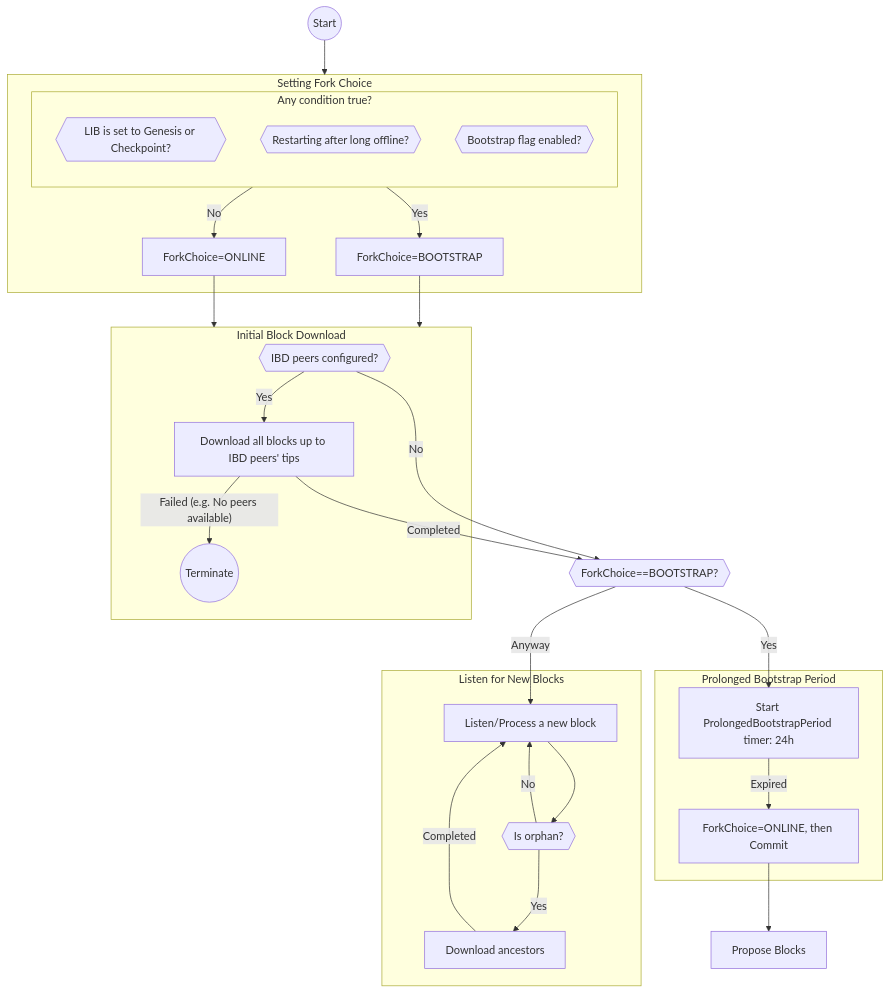
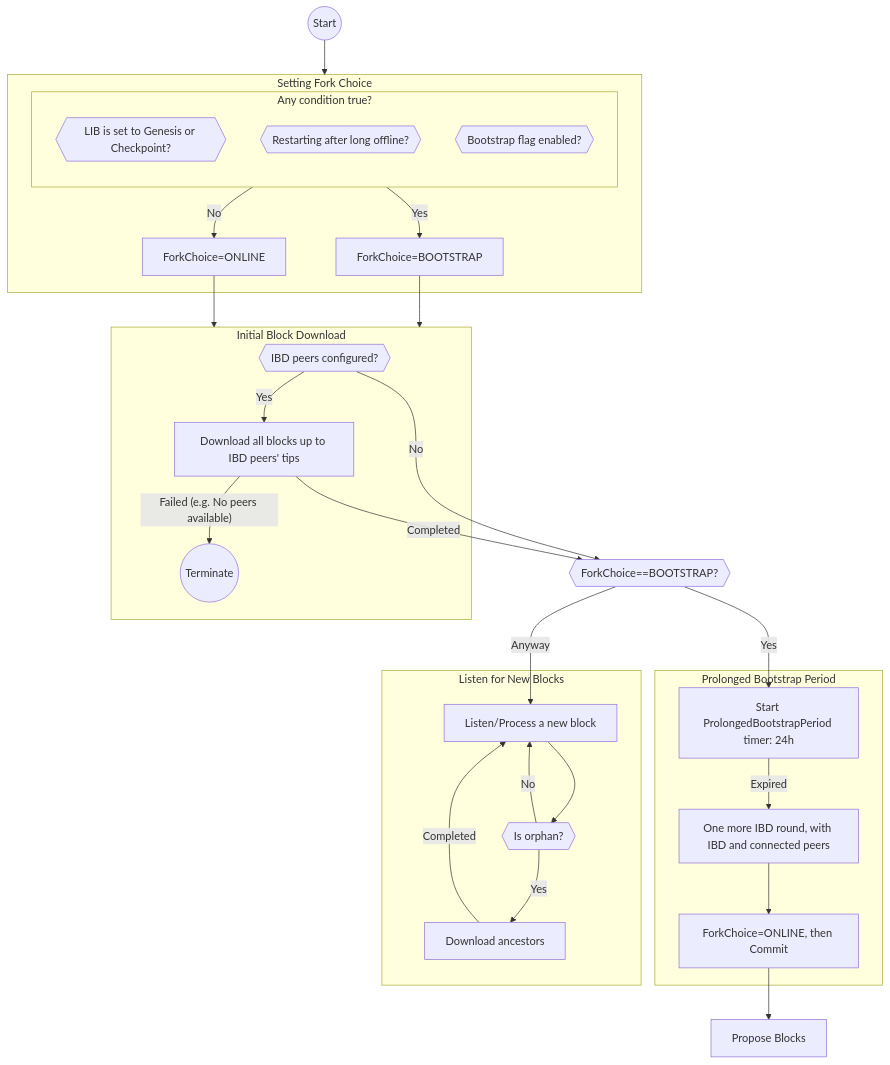
The first of 2 diagrams in docs/blockchain/raw/cryptarchia-v1-bootstr-sync.md (logos-co/logos-lips), drawn with Mermaid before and after one commit. The commit also changed other lines of this file and 1 other file, not shown here.

First line of the commit message:
docs(blockchain): catch up with the peers' tips before the switch to Online

````diff
--- a/docs/blockchain/raw/cryptarchia-v1-bootstr-sync.md
+++ b/docs/blockchain/raw/cryptarchia-v1-bootstr-sync.md
@@ -58,36 +58,36 @@
 ```mermaid
 flowchart TD
     Start@{shape: circle, label: "Start"} --> SettingForkChoice
     subgraph SettingForkChoice[Setting Fork Choice]
         subgraph CheckBoostrap[Any condition true?]
             direction TB
             Cond1{{LIB is set to Genesis or Checkpoint?}}
             Cond2{{Restarting after long offline?}}
             Cond3{{Bootstrap flag enabled?}}
         end
     CheckBoostrap -->|Yes| SetBootstrap[ForkChoice=BOOTSTRAP]
     CheckBoostrap -->|No| SetOnline[ForkChoice=ONLINE]
     end
 
     SetBootstrap --> IBD
     SetOnline --> IBD
     subgraph IBD[Initial Block Download]
       IBDPeersConfigured{{IBD peers configured?}} --> |Yes|DownloadUpToTips
         DownloadUpToTips[Download all blocks up to IBD peers' tips] --> |"Failed (e.g. No peers available)"| Terminate@{shape: circle, label: "Terminate"}
     end
     IBDPeersConfigured --> |No|IsBootstrapRule
     DownloadUpToTips -->|Completed|IsBootstrapRule
     IsBootstrapRule{{ForkChoice==BOOTSTRAP?}}
     IsBootstrapRule -->|Yes|StartBootstrapPeriod
     IsBootstrapRule -->|Anyway|NewBlocks
     subgraph Prolonged Bootstrap Period
-        StartBootstrapPeriod[Start ProlongedBootstrapPeriod timer: 24h] --> |Expired|SetOnlineAfterBootstrap["ForkChoice=ONLINE, then Commit"]
+        StartBootstrapPeriod[Start ProlongedBootstrapPeriod timer: 24h] --> |Expired|LastRound[One more IBD round, with IBD and connected peers] --> SetOnlineAfterBootstrap["ForkChoice=ONLINE, then Commit"]
     end
     SetOnlineAfterBootstrap --> ProposeBlocks[Propose Blocks]
     subgraph ListenNewBlocks[Listen for New Blocks]
         NewBlocks[Listen/Process a new block] --> CheckOrphan{{Is orphan?}}
         CheckOrphan -->|Yes| HandleOrphan[Download ancestors]
         CheckOrphan -->|No| NewBlocks
         HandleOrphan --> |Completed|NewBlocks
     end
 ```
````
